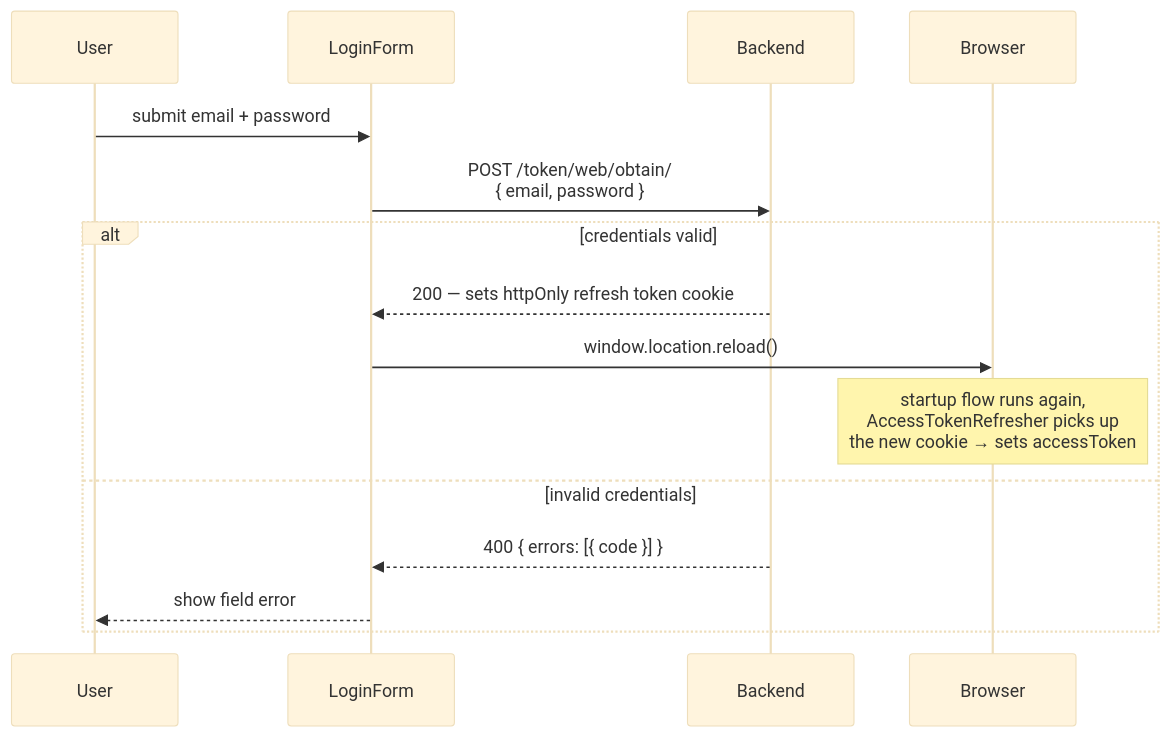
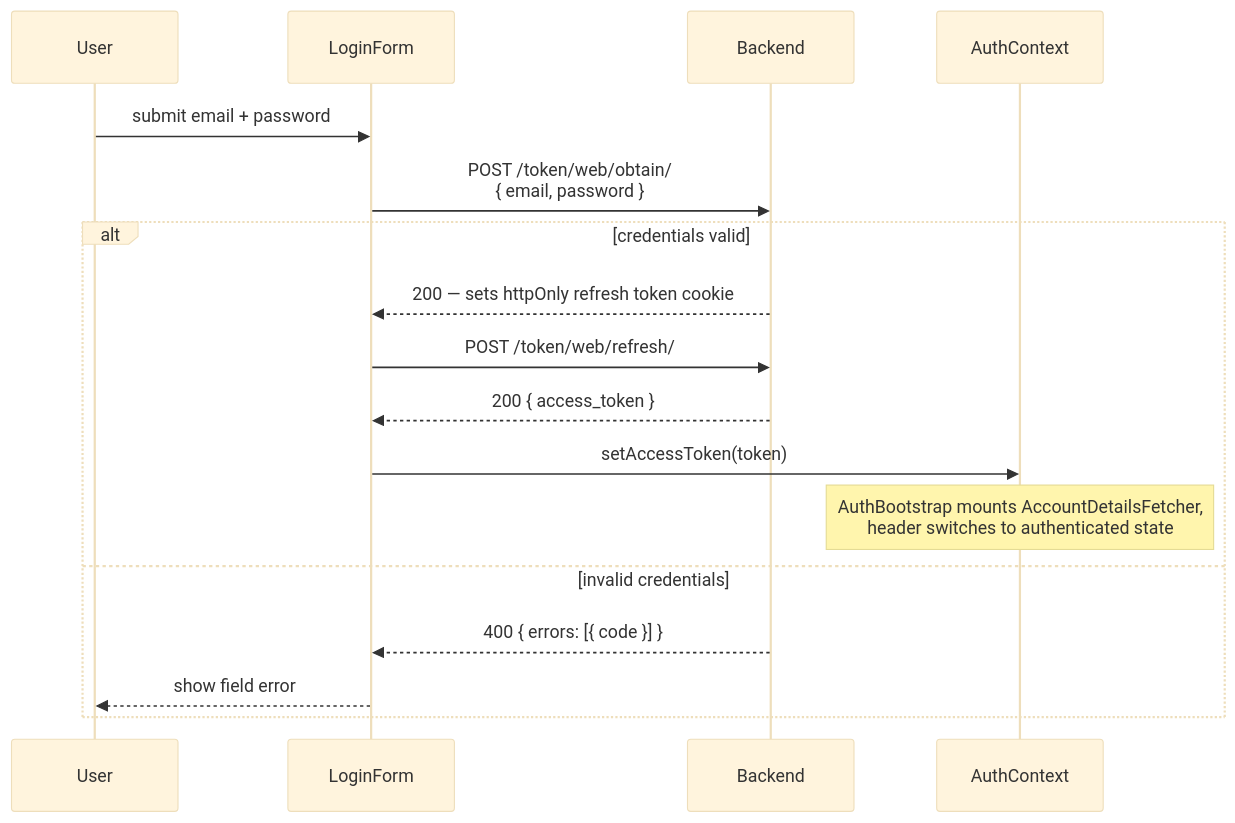
Before and after one commit to floels/pinit: the second of 4 diagrams in frontend/doc/authentication.md, drawn with Mermaid (base theme). The commit also changed other lines of this file and 12 other files, not shown here.

First line of the commit message:
refactor: rename AuthenticatedSetupBuilder to AuthBootstrap, drop reload after login

````diff
--- a/frontend/doc/authentication.md
+++ b/frontend/doc/authentication.md
@@ -69,19 +69,21 @@
 ```mermaid
 sequenceDiagram
     participant User
     participant LoginForm
     participant Backend
-    participant Browser
+    participant AuthContext
 
     User->>LoginForm: submit email + password
     LoginForm->>Backend: POST /token/web/obtain/<br/>{ email, password }
 
     alt credentials valid
         Backend-->>LoginForm: 200 — sets httpOnly refresh token cookie
-        LoginForm->>Browser: window.location.reload()
-        note over Browser: startup flow runs again,<br/>AccessTokenRefresher picks up<br/>the new cookie → sets accessToken
+        LoginForm->>Backend: POST /token/web/refresh/
+        Backend-->>LoginForm: 200 { access_token }
+        LoginForm->>AuthContext: setAccessToken(token)
+        note over AuthContext: AuthBootstrap mounts AccountDetailsFetcher,<br/>header switches to authenticated state
     else invalid credentials
         Backend-->>LoginForm: 400 { errors: [{ code }] }
         LoginForm-->>User: show field error
     end
 ```
````
